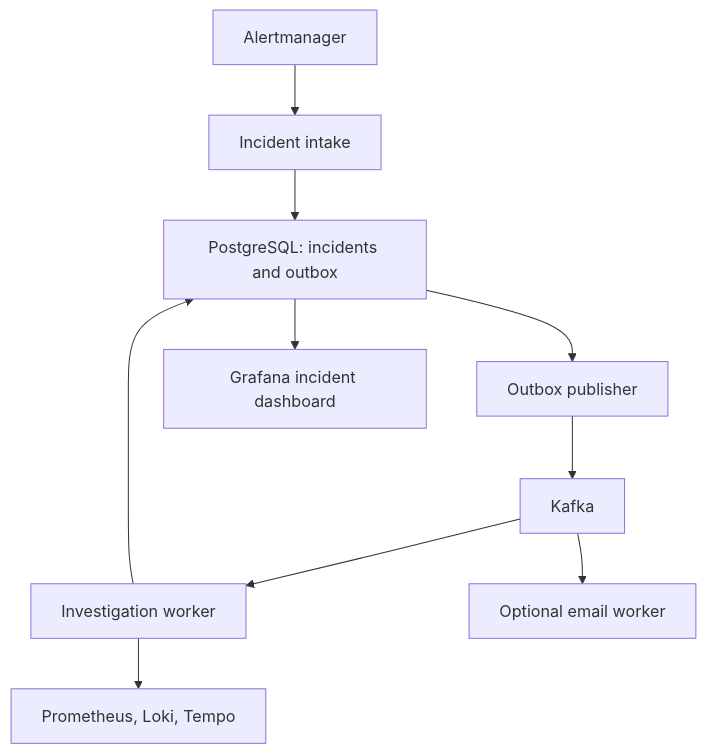
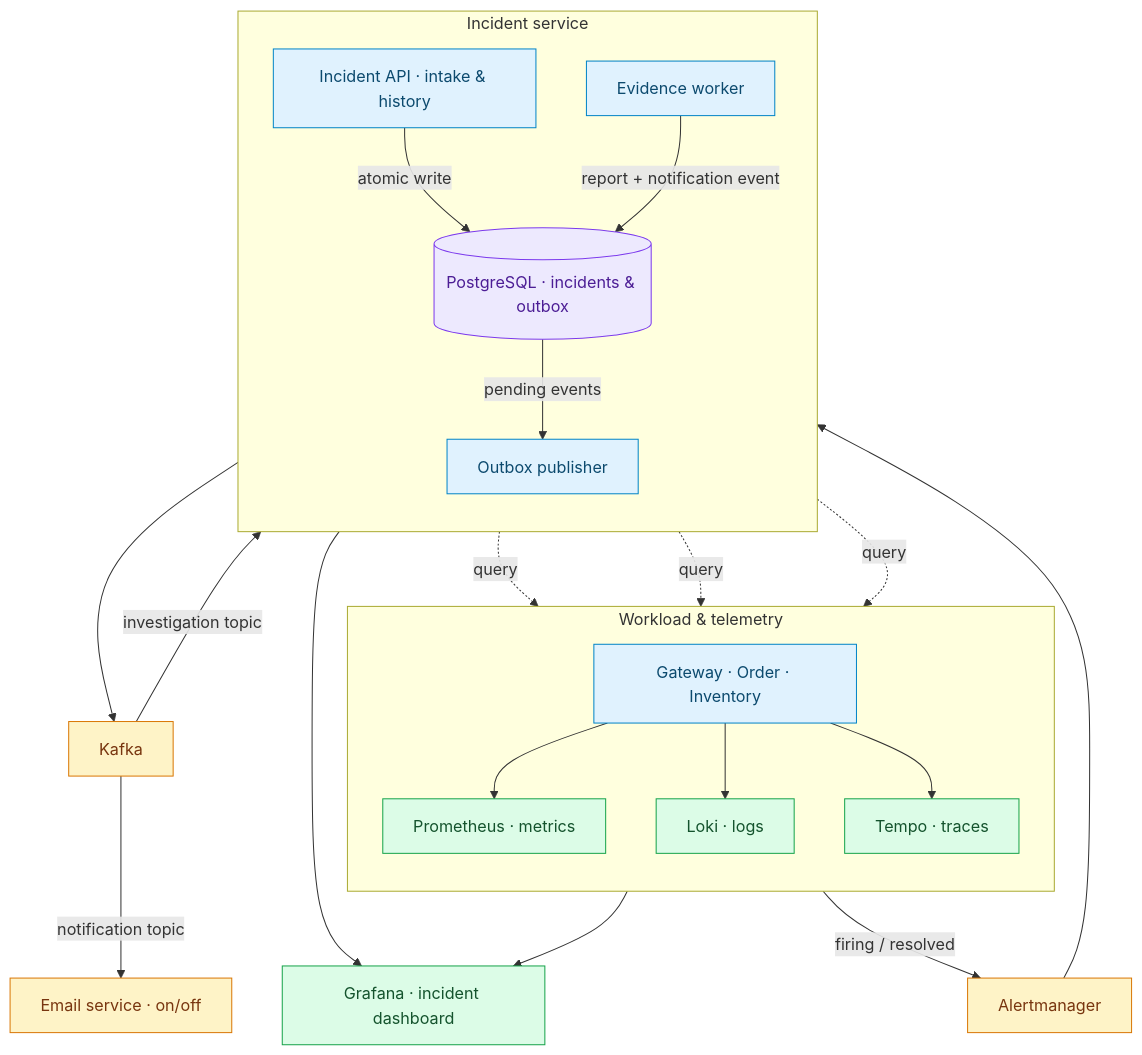
One commit to Abhay123abhi/micro-observe-kafka changed the diagram in README.md. Above: the diagram before and after it, drawn with Mermaid. The commit also changed other lines of this file and 2 other files, not shown here.

Commit message:
Shorten project overview and add architecture diagram

````diff
--- a/README.md
+++ b/README.md
@@ -48,12 +20,44 @@
 ```mermaid
-flowchart TD
-    Alerts["Alertmanager"] --> Intake["Incident intake"]
-    Intake --> DB["PostgreSQL: incidents and outbox"]
-    DB --> Publisher["Outbox publisher"]
+flowchart TB
+    subgraph telemetry["Workload & telemetry"]
+        direction TB
+        Services["Gateway · Order · Inventory"]
+        Prom["Prometheus · metrics"]
+        Loki["Loki · logs"]
+        Tempo["Tempo · traces"]
+        Services --> Prom
+        Services --> Loki
+        Services --> Tempo
+    end
+
+    subgraph incidents["Incident service"]
+        direction TB
+        Intake["Incident API · intake & history"]
+        DB[("PostgreSQL · incidents & outbox")]
+        Publisher["Outbox publisher"]
+        Worker["Evidence worker"]
+        Intake -->|atomic write| DB
+        DB -->|pending events| Publisher
+        Worker -->|report + notification event| DB
+    end
+
+    Prom -->|firing / resolved| Alerts["Alertmanager"]
+    Alerts --> Intake
     Publisher --> Kafka["Kafka"]
-    Kafka --> Worker["Investigation worker"]
-    Worker --> Sources["Prometheus, Loki, Tempo"]
-    Worker --> DB
-    Kafka --> Email["Optional email worker"]
-    DB --> Grafana["Grafana incident dashboard"]
+    Kafka -->|investigation topic| Worker
+    Worker -. query .-> Prom
+    Worker -. query .-> Loki
+    Worker -. query .-> Tempo
+    Kafka -->|notification topic| Email["Email service · on/off"]
+    DB --> Grafana["Grafana · incident dashboard"]
+    Prom --> Grafana
+
+    classDef app fill:#e0f2fe,stroke:#0284c7,color:#0c4a6e
+    classDef store fill:#ede9fe,stroke:#7c3aed,color:#4c1d95
+    classDef observe fill:#dcfce7,stroke:#16a34a,color:#14532d
+    classDef event fill:#fef3c7,stroke:#d97706,color:#78350f
+    class Services,Intake,Publisher,Worker app
+    class DB store
+    class Prom,Loki,Tempo,Grafana observe
+    class Alerts,Kafka,Email event
 ```
````
